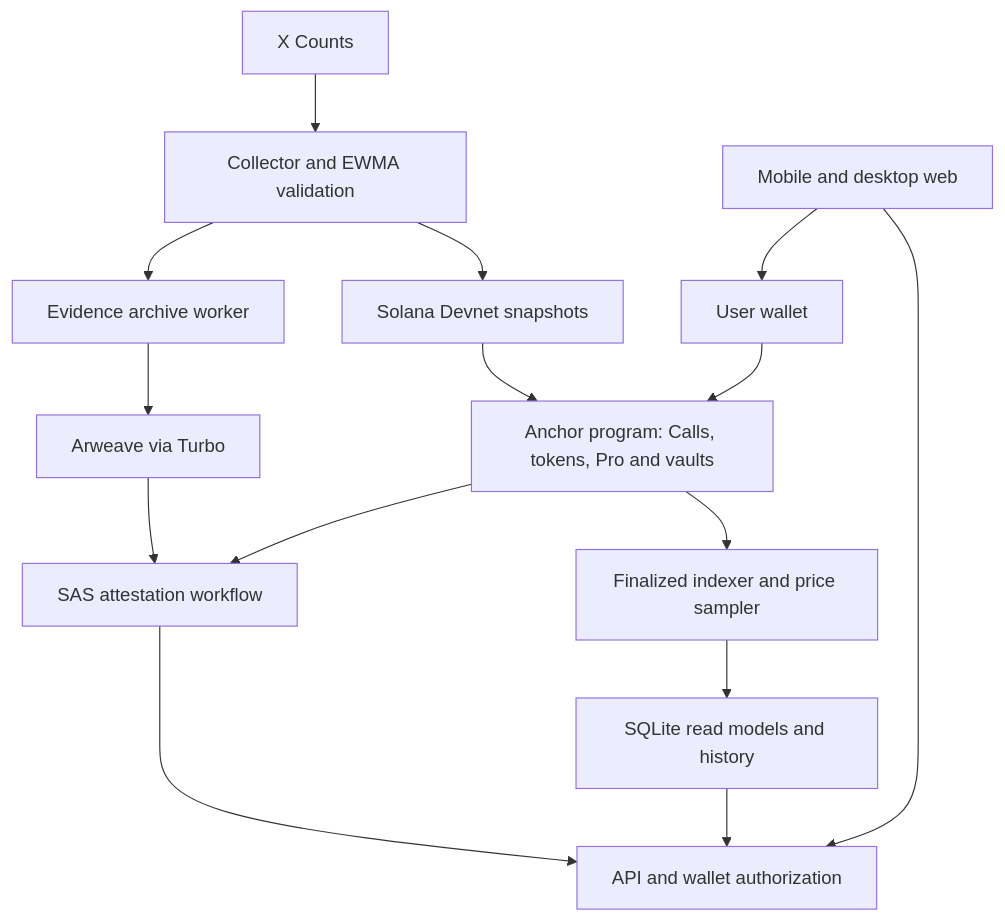
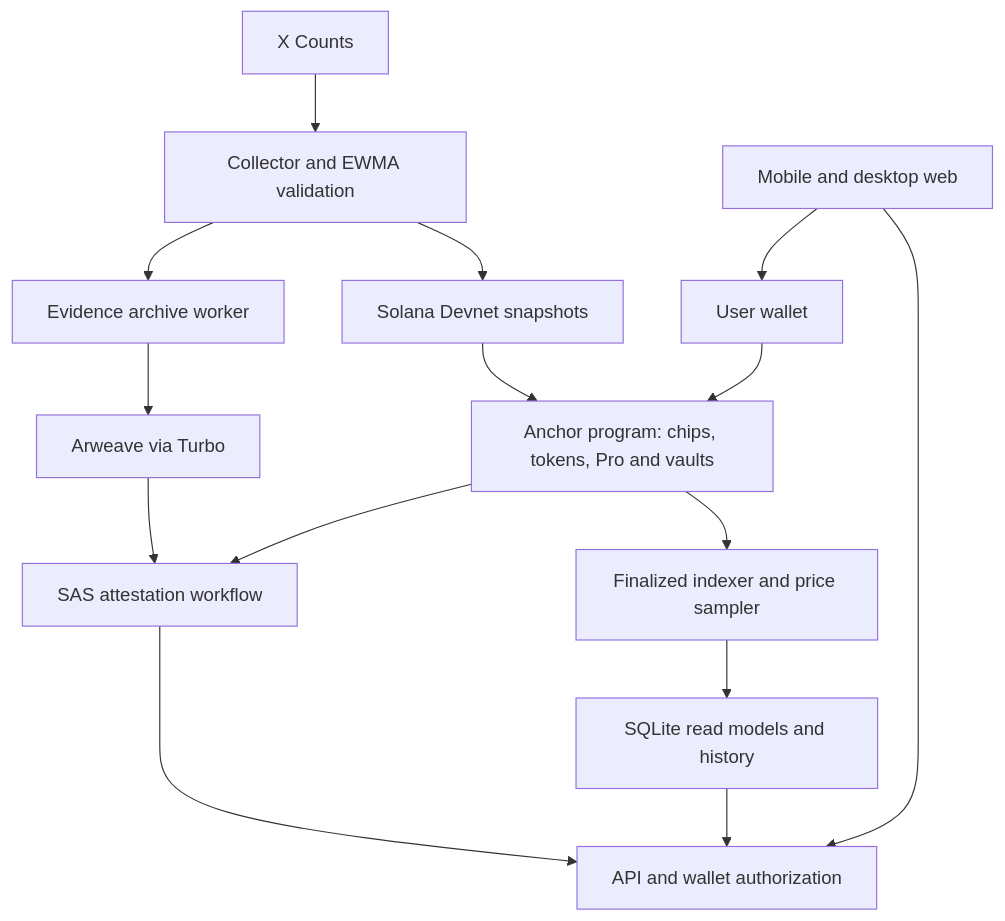
Before and after one commit to unknown2733/ante-up-app: the diagram in README.md, drawn with Mermaid. The commit also changed other lines of this file and 14 other files, not shown here.

````diff
--- a/README.md
+++ b/README.md
@@ -37,17 +37,17 @@
 ```mermaid
 flowchart TD
   X[X Counts] --> D[Collector and EWMA validation]
   D --> S[Solana Devnet snapshots]
   D --> E[Evidence archive worker]
   E --> AR[Arweave via Turbo]
   W[Mobile and desktop web] --> API[API and wallet authorization]
   W --> WAL[User wallet]
-  WAL --> P[Anchor program: Calls, tokens, Pro and vaults]
+  WAL --> P[Anchor program: chips, tokens, Pro and vaults]
   S --> P
   P --> I[Finalized indexer and price sampler]
   I --> DB[SQLite read models and history]
   DB --> API
   AR --> SAS[SAS attestation workflow]
   P --> SAS
   SAS --> API
 ```
````
